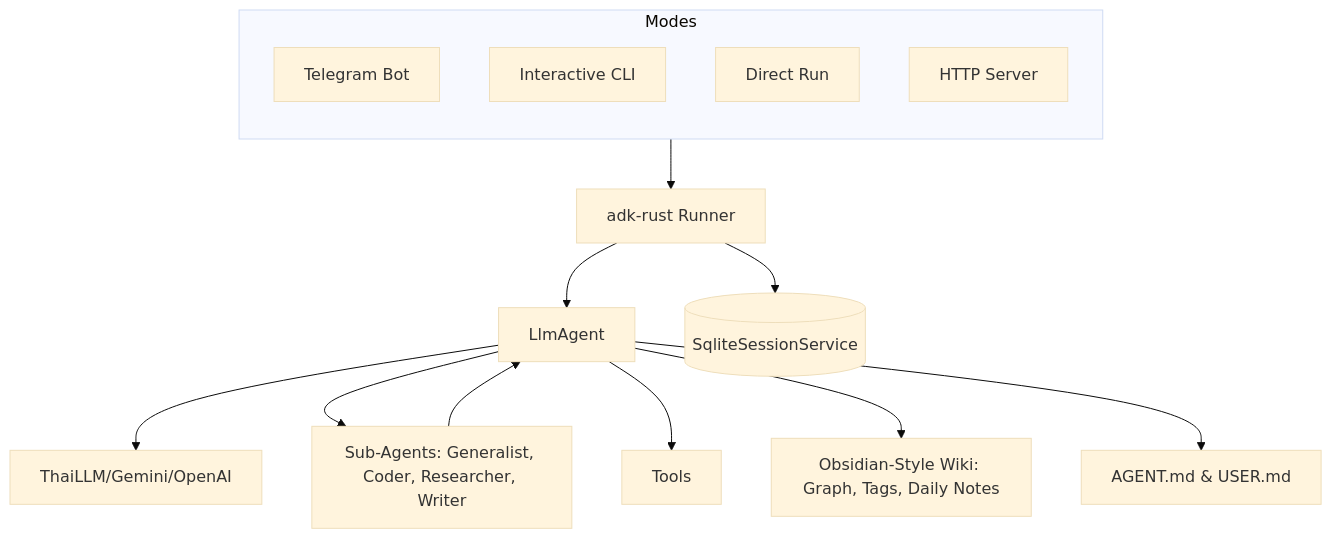
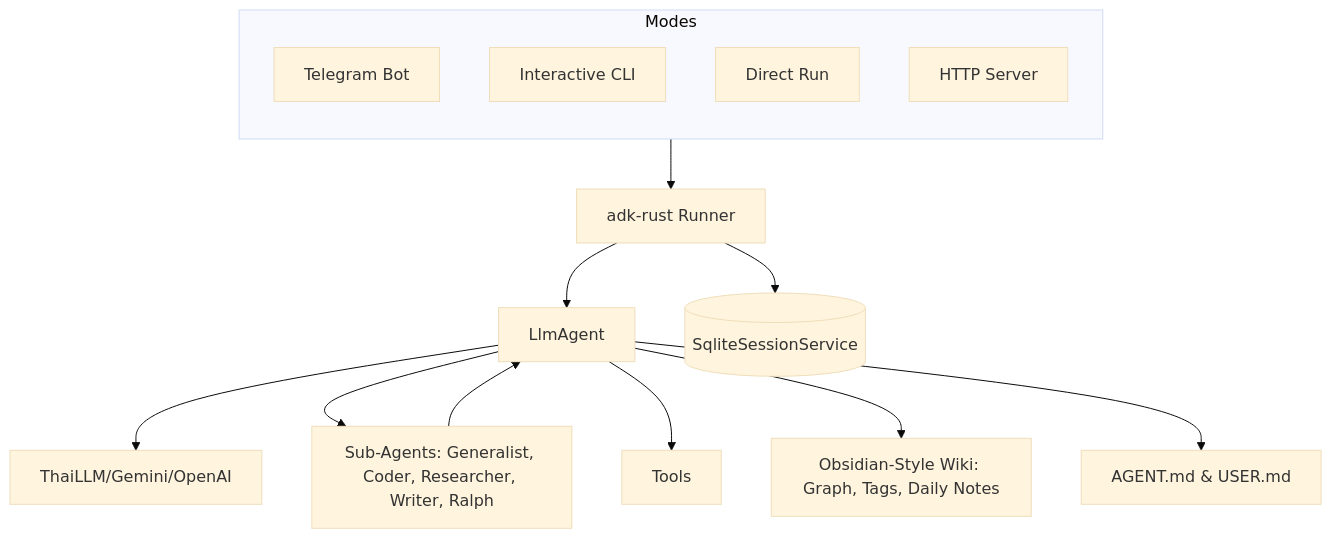
Before and after one commit to anoochit/nami-core: the diagram in README.md, drawn with Mermaid (base theme).

Commit message:
docs: include Ralph in architecture diagram

````diff
--- a/README.md
+++ b/README.md
@@ -92,23 +92,23 @@
 ```mermaid
 graph TD
     subgraph EntryPoints [Modes]
         direction TB
         Bot[Telegram Bot]
         CLI[Interactive CLI]
         Run[Direct Run]
         Server[HTTP Server]
     end
 
     EntryPoints --> Runner[adk-rust Runner]
     
     Runner --> Agent[LlmAgent]
     Runner --> DB[(SqliteSessionService)]
     
     Agent --> LLM[ThaiLLM/Gemini/OpenAI]
-    Agent --> SubAgents[Sub-Agents: Generalist, Coder, Researcher, Writer]
+    Agent --> SubAgents[Sub-Agents: Generalist, Coder, Researcher, Writer, Ralph]
     Agent --> Tools[Tools]
     Agent --> Wiki[Obsidian-Style Wiki: Graph, Tags, Daily Notes]
     Agent --> Persona[AGENT.md & USER.md]
     
     SubAgents --> Agent
 ```
````
